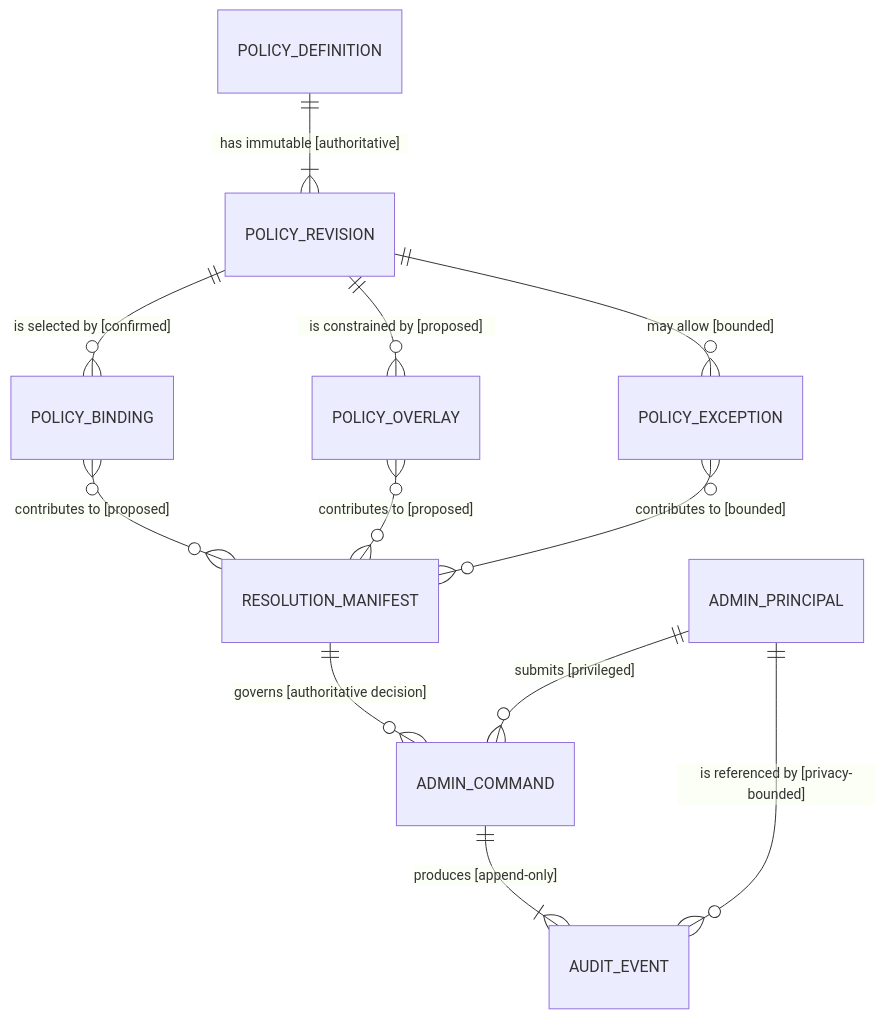
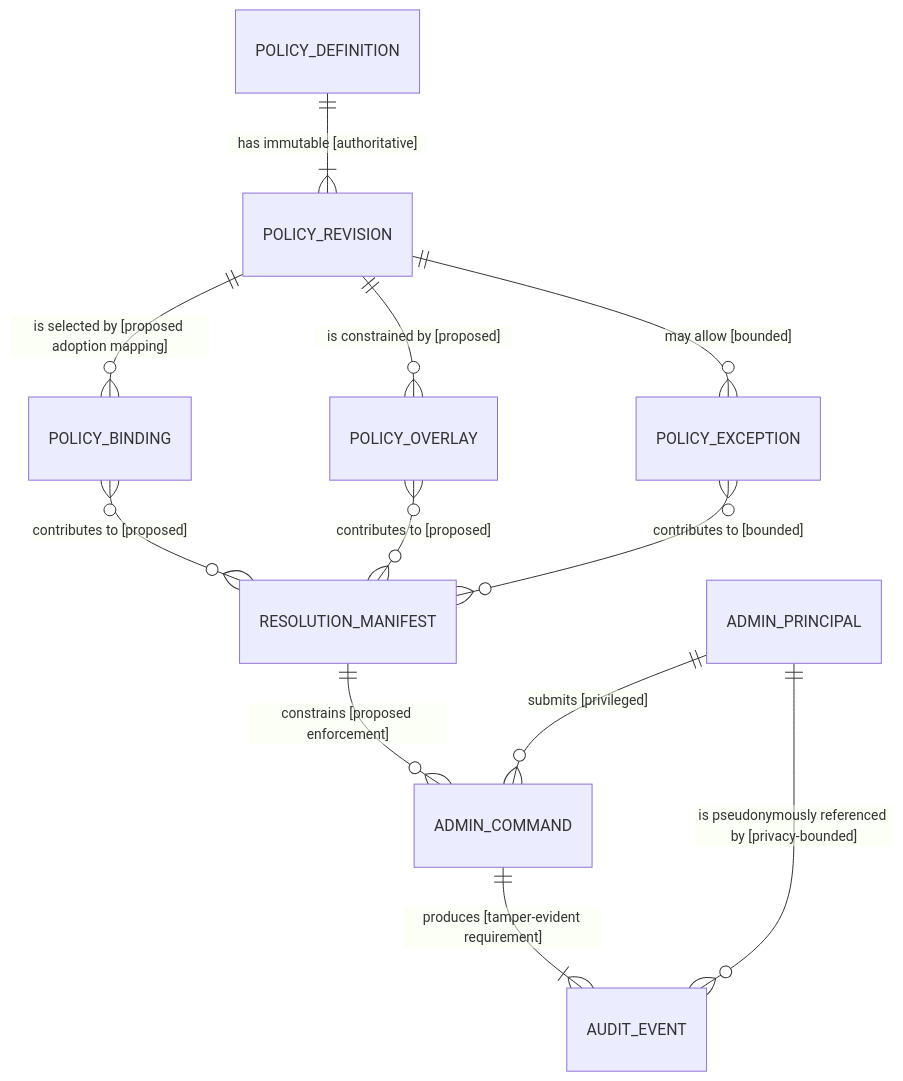
Before and after one commit to afpogo/4uentes-ards-control-plane: the sixth of 6 diagrams in docs/platform/ards-sdd-dynamic-policy-administration-console.md, drawn with Mermaid. The commit also changed other lines of this file and 1 other file, not shown here.

Commit message:
docs(CR-CP-0025): address architecture review

````diff
--- a/docs/platform/ards-sdd-dynamic-policy-administration-console.md
+++ b/docs/platform/ards-sdd-dynamic-policy-administration-console.md
@@ -432,14 +462,14 @@
 ```mermaid
 erDiagram
     POLICY_DEFINITION ||--|{ POLICY_REVISION : "has immutable [authoritative]"
-    POLICY_REVISION ||--o{ POLICY_BINDING : "is selected by [confirmed]"
+    POLICY_REVISION ||--o{ POLICY_BINDING : "is selected by [proposed adoption mapping]"
     POLICY_REVISION ||--o{ POLICY_OVERLAY : "is constrained by [proposed]"
     POLICY_REVISION ||--o{ POLICY_EXCEPTION : "may allow [bounded]"
     POLICY_BINDING }o--o{ RESOLUTION_MANIFEST : "contributes to [proposed]"
     POLICY_OVERLAY }o--o{ RESOLUTION_MANIFEST : "contributes to [proposed]"
     POLICY_EXCEPTION }o--o{ RESOLUTION_MANIFEST : "contributes to [bounded]"
     ADMIN_PRINCIPAL ||--o{ ADMIN_COMMAND : "submits [privileged]"
-    RESOLUTION_MANIFEST ||--o{ ADMIN_COMMAND : "governs [authoritative decision]"
-    ADMIN_COMMAND ||--|{ AUDIT_EVENT : "produces [append-only]"
-    ADMIN_PRINCIPAL ||--o{ AUDIT_EVENT : "is referenced by [privacy-bounded]"
+    RESOLUTION_MANIFEST ||--o{ ADMIN_COMMAND : "constrains [proposed enforcement]"
+    ADMIN_COMMAND ||--|{ AUDIT_EVENT : "produces [tamper-evident requirement]"
+    ADMIN_PRINCIPAL ||--o{ AUDIT_EVENT : "is pseudonymously referenced by [privacy-bounded]"
 ```
````
